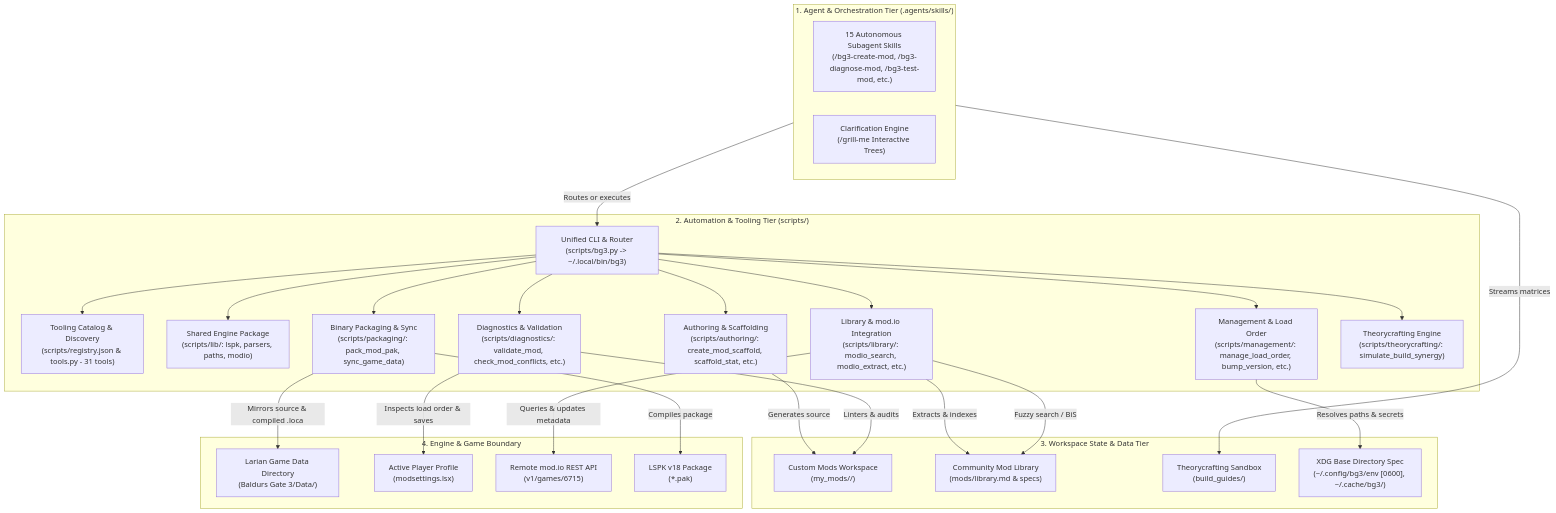
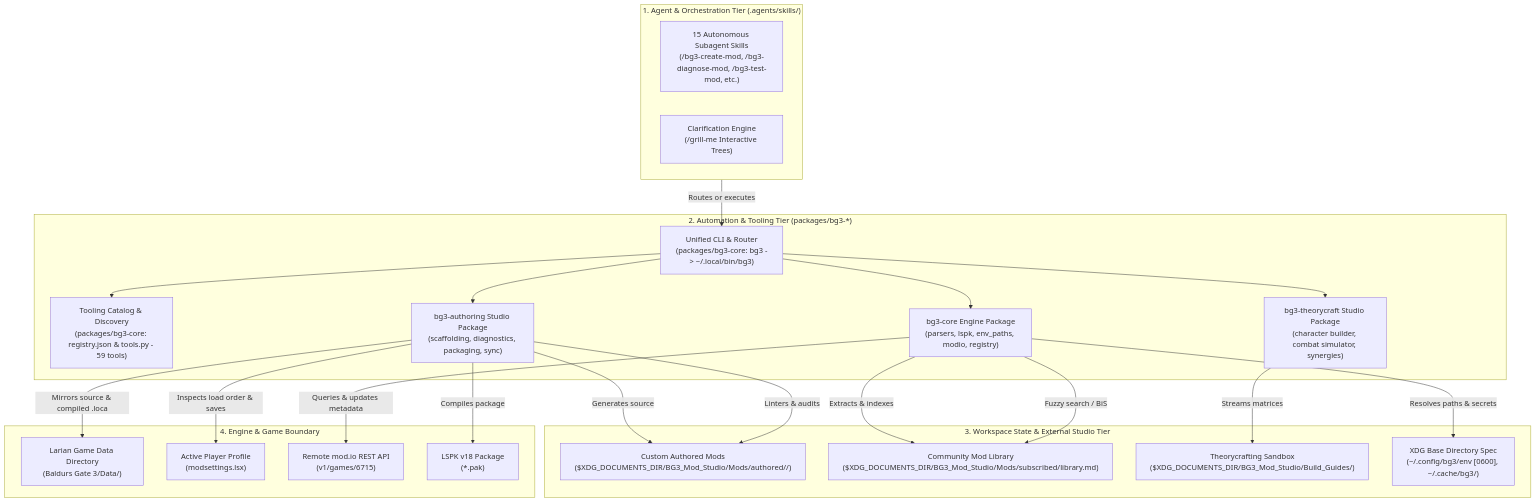
One commit to jpelton-stroud/bg3-mod-studio changed the first of 3 diagrams in docs/ARCHITECTURE.md. Above: the diagram before and after it, drawn with Mermaid. The commit also changed other lines of this file and 24 other files, not shown here.

````diff
--- a/docs/ARCHITECTURE.md
+++ b/docs/ARCHITECTURE.md
@@ -14,54 +14,46 @@
 ```mermaid
 flowchart TD
     subgraph Tier1["1. Agent & Orchestration Tier (.agents/skills/)"]
         Agents["15 Autonomous Subagent Skills\n(/bg3-create-mod, /bg3-diagnose-mod, /bg3-test-mod, etc.)"]
         GrillMe["Clarification Engine\n(/grill-me Interactive Trees)"]
     end
 
-    subgraph Tier2["2. Automation & Tooling Tier (scripts/)"]
-        CLI["Unified CLI & Router\n(scripts/bg3.py -> ~/.local/bin/bg3)"]
-        Registry["Tooling Catalog & Discovery\n(scripts/registry.json & tools.py - 31 tools)"]
-        SharedLib["Shared Engine Package\n(scripts/lib/: lspk, parsers, paths, modio)"]
-        Authoring["Authoring & Scaffolding\n(scripts/authoring/: create_mod_scaffold, scaffold_stat, etc.)"]
-        Diagnostics["Diagnostics & Validation\n(scripts/diagnostics/: validate_mod, check_mod_conflicts, etc.)"]
-        LibraryPkg["Library & mod.io Integration\n(scripts/library/: modio_search, modio_extract, etc.)"]
-        Management["Management & Load Order\n(scripts/management/: manage_load_order, bump_version, etc.)"]
-        Packaging["Binary Packaging & Sync\n(scripts/packaging/: pack_mod_pak, sync_game_data)"]
-        Theorycrafting["Theorycrafting Engine\n(scripts/theorycrafting/: simulate_build_synergy)"]
+    subgraph Tier2["2. Automation & Tooling Tier (packages/bg3-*)"]
+        CLI["Unified CLI & Router\n(packages/bg3-core: bg3 -> ~/.local/bin/bg3)"]
+        Registry["Tooling Catalog & Discovery\n(packages/bg3-core: registry.json & tools.py - 59 tools)"]
+        CorePkg["bg3-core Engine Package\n(parsers, lspk, env_paths, modio, registry)"]
+        AuthoringPkg["bg3-authoring Studio Package\n(scaffolding, diagnostics, packaging, sync)"]
+        TheorycraftPkg["bg3-theorycraft Studio Package\n(character builder, combat simulator, synergies)"]
     end
 
-    subgraph Tier3["3. Workspace State & Data Tier"]
-        MyMods["Custom Mods Workspace\n(my_mods/<mod-slug>/)"]
-        ModsLib["Community Mod Library\n(mods/library.md & specs)"]
-        Sandboxes["Theorycrafting Sandbox\n(build_guides/)"]
+    subgraph Tier3["3. Workspace State & External Studio Tier"]
+        MyMods["Custom Authored Mods\n($XDG_DOCUMENTS_DIR/BG3_Mod_Studio/Mods/authored/<slug>/)"]
+        ModsLib["Community Mod Library\n($XDG_DOCUMENTS_DIR/BG3_Mod_Studio/Mods/subscribed/library.md)"]
+        Sandboxes["Theorycrafting Sandbox\n($XDG_DOCUMENTS_DIR/BG3_Mod_Studio/Build_Guides/)"]
         XDGConfig["XDG Base Directory Spec\n(~/.config/bg3/env [0600], ~/.cache/bg3/)"]
     end
 
     subgraph Tier4["4. Engine & Game Boundary"]
         GameData["Larian Game Data Directory\n(Baldurs Gate 3/Data/)"]
         ProfileSettings["Active Player Profile\n(modsettings.lsx)"]
         ModioRemote["Remote mod.io REST API\n(v1/games/6715)"]
         Distribution["LSPK v18 Package\n(*.pak)"]
     end
 
     Tier1 -->|Routes or executes| CLI
     CLI --> Registry
-    CLI --> SharedLib
-    CLI --> Authoring
-    CLI --> Diagnostics
-    CLI --> LibraryPkg
-    CLI --> Management
-    CLI --> Packaging
-    CLI --> Theorycrafting
+    CLI --> CorePkg
+    CLI --> AuthoringPkg
+    CLI --> TheorycraftPkg
 
-    Authoring -->|Generates source| MyMods
-    Packaging -->|Mirrors source & compiled .loca| GameData
-    Packaging -->|Compiles package| Distribution
-    Diagnostics -->|Linters & audits| MyMods
-    Diagnostics -->|Inspects load order & saves| ProfileSettings
-    LibraryPkg -->|Queries & updates metadata| ModioRemote
-    LibraryPkg -->|Extracts & indexes| ModsLib
-    LibraryPkg -->|Fuzzy search / BiS| ModsLib
-    Tier1 -->|Streams matrices| Sandboxes
-    Management -->|Resolves paths & secrets| XDGConfig
+    AuthoringPkg -->|Generates source| MyMods
+    AuthoringPkg -->|Mirrors source & compiled .loca| GameData
+    AuthoringPkg -->|Compiles package| Distribution
+    AuthoringPkg -->|Linters & audits| MyMods
+    AuthoringPkg -->|Inspects load order & saves| ProfileSettings
+    CorePkg -->|Queries & updates metadata| ModioRemote
+    CorePkg -->|Extracts & indexes| ModsLib
+    CorePkg -->|Fuzzy search / BiS| ModsLib
+    TheorycraftPkg -->|Streams matrices| Sandboxes
+    CorePkg -->|Resolves paths & secrets| XDGConfig
 ```
````
